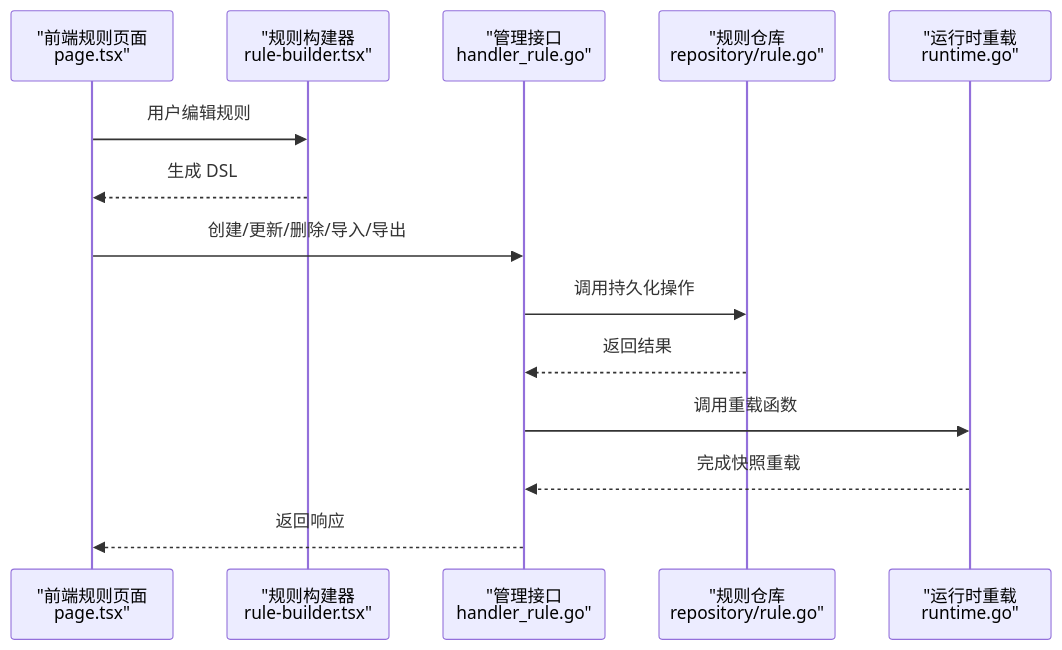
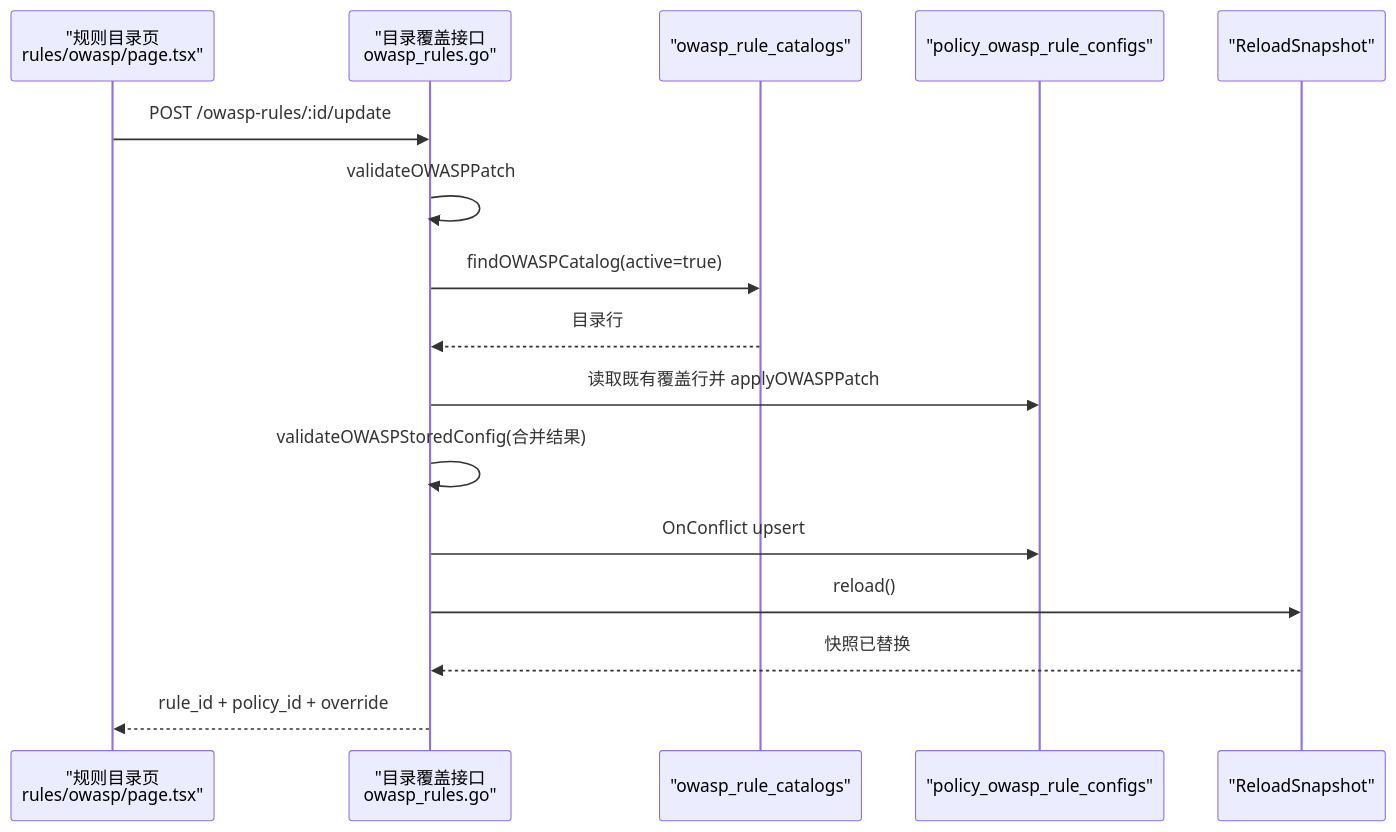
The fifth of 9 diagrams in docs/安全防护功能/OWASP 检测/配置与管理.md (x01n/My-OpenWaf), drawn with Mermaid before and after one commit. The commit also changed other lines of this file and 622 other files, not shown here.

````diff
--- a/docs/安全防护功能/OWASP 检测/配置与管理.md
+++ b/docs/安全防护功能/OWASP 检测/配置与管理.md
@@ -225,16 +324,18 @@
 ```mermaid
 sequenceDiagram
-participant FE as "前端规则页面<br/>page.tsx"
-participant RB as "规则构建器<br/>rule-builder.tsx"
-participant API as "管理接口<br/>handler_rule.go"
-participant Repo as "规则仓库<br/>repository/rule.go"
-participant RT as "运行时重载<br/>runtime.go"
-FE->>RB : 用户编辑规则
-RB-->>FE : 生成 DSL
-FE->>API : 创建/更新/删除/导入/导出
-API->>Repo : 调用持久化操作
-Repo-->>API : 返回结果
-API->>RT : 调用重载函数
-RT-->>API : 完成快照重载
-API-->>FE : 返回响应
+participant FE as "规则目录页<br/>rules/owasp/page.tsx"
+participant API as "目录覆盖接口<br/>owasp_rules.go"
+participant Cat as "owasp_rule_catalogs"
+participant Ovr as "policy_owasp_rule_configs"
+participant RT as "ReloadSnapshot"
+FE->>API : POST /owasp-rules/:id/update
+API->>API : validateOWASPPatch
+API->>Cat : findOWASPCatalog(active=true)
+Cat-->>API : 目录行
+API->>Ovr : 读取既有覆盖行并 applyOWASPPatch
+API->>API : validateOWASPStoredConfig(合并结果)
+API->>Ovr : OnConflict upsert
+API->>RT : reload()
+RT-->>API : 快照已替换
+API-->>FE : rule_id + policy_id + override
 ```
````
